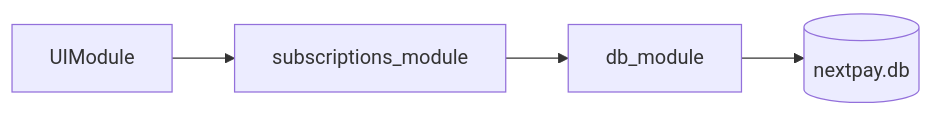
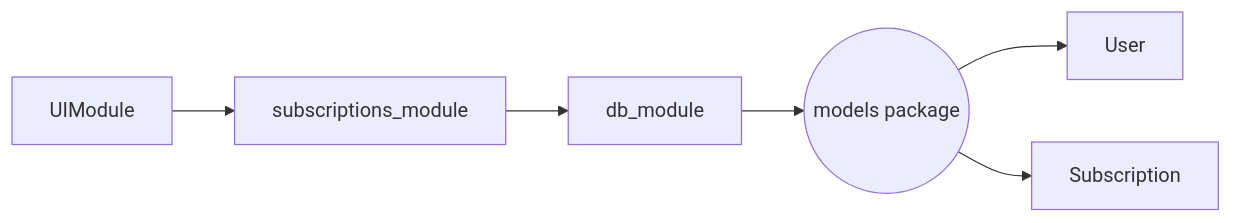
One commit to HashirOwais/NextPay-Subscription_Simplifed changed the fourth of 13 diagrams in TESTING.md. Above: the diagram before and after it, drawn with Mermaid. The commit also changed other lines of this file, not shown here.

````diff
--- a/TESTING.md
+++ b/TESTING.md
@@ -138,6 +144,13 @@
 ```mermaid
 flowchart LR
-  UIModule --> SubMod[subscriptions_module]
-  SubMod --> DBMod[db_module]
-  DBMod --> SQLite[(nextpay.db)]
+  UIModule[UIModule]
+  SubMod[subscriptions_module]
+  DBMod[db_module]
+  Models((models package))
+
+  Models --> User[User]
+  Models --> Subscription[Subscription]
+  UIModule --> SubMod
+  SubMod --> DBMod
+  DBMod --> Models
 ```
````
